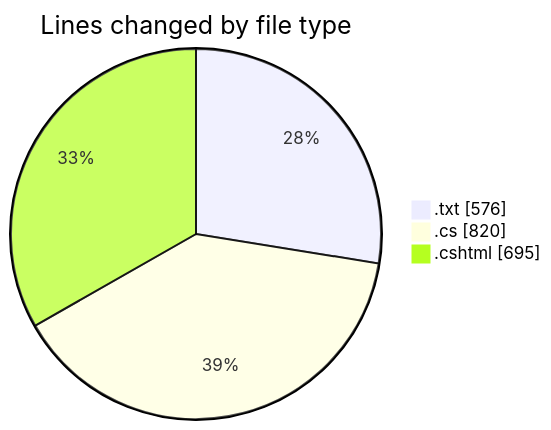
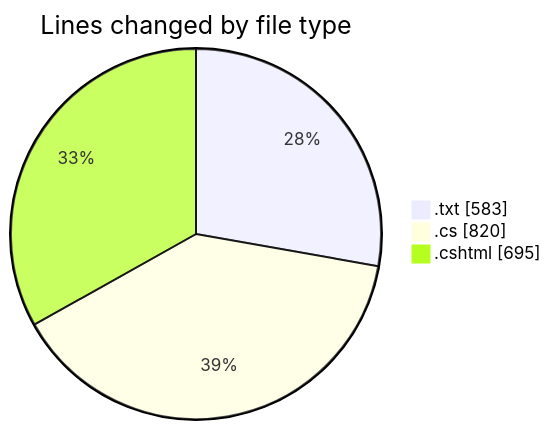
One commit to lephambinh05/code-tracking changed the first of 2 diagrams in 2025-07-26/quanlyrapchieuphim-1/README.md. Above: the diagram before and after it, drawn with Mermaid. The commit also changed other lines of this file and 1 other file, not shown here.

````diff
--- a/2025-07-26/quanlyrapchieuphim-1/README.md
+++ b/2025-07-26/quanlyrapchieuphim-1/README.md
@@ -26,7 +26,7 @@
 ```mermaid
 pie showData
 title Lines changed by file type
-".txt" : 576
+".txt" : 583
 ".cs" : 820
 ".cshtml" : 695
 ```
````
